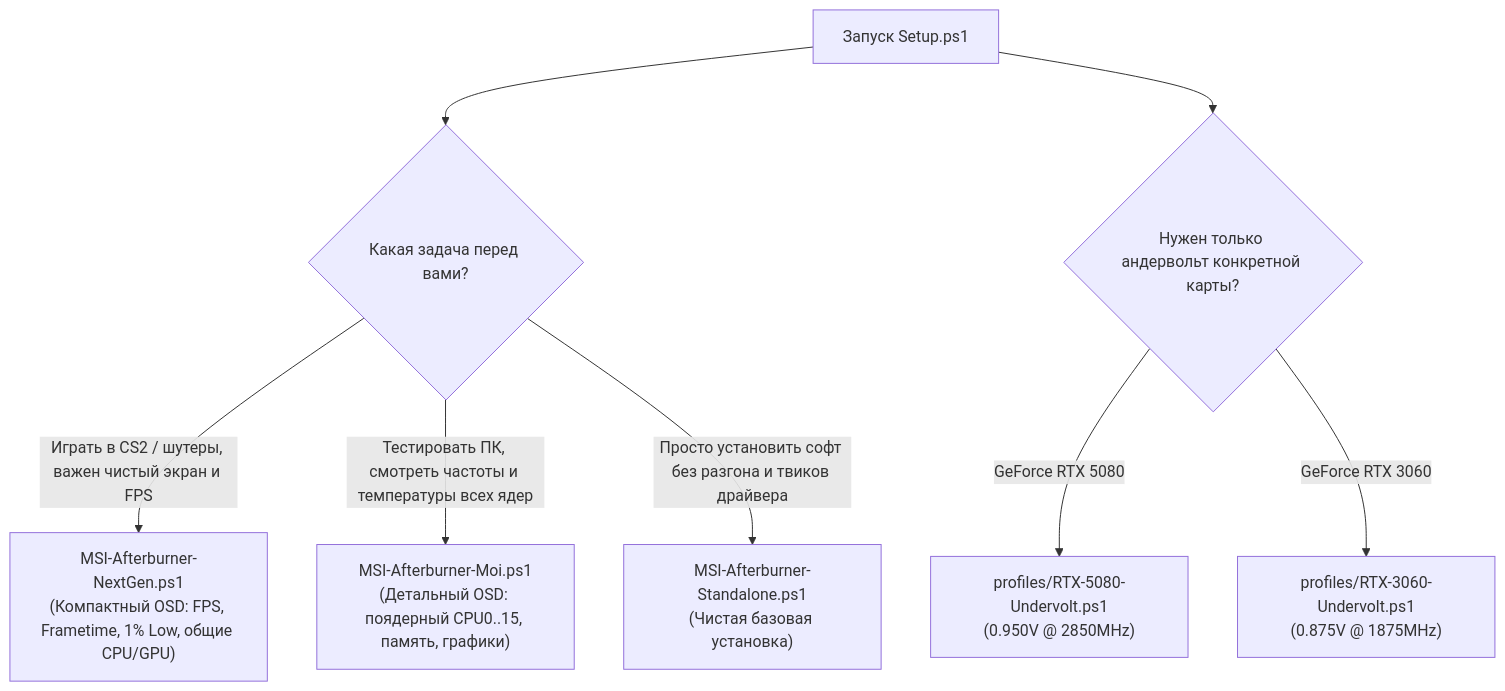
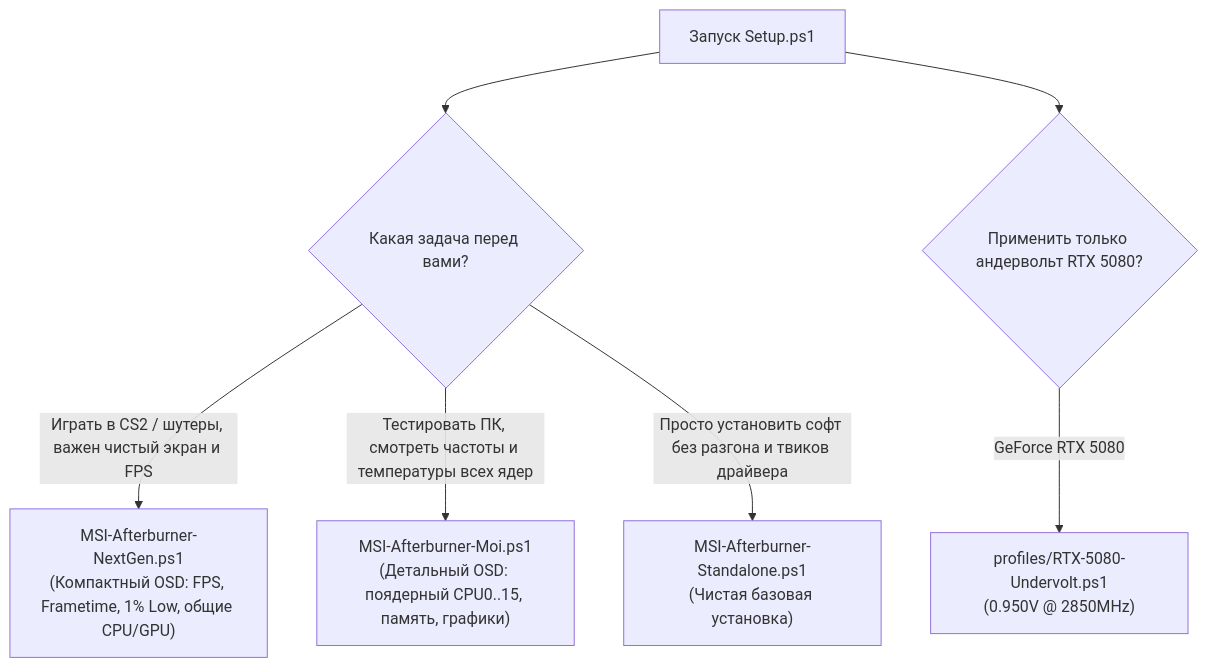
The diagram in README_RU.md (Vektor010/msi-afterburner-rtss), drawn with Mermaid before and after one commit. The commit also changed other lines of this file and 9 other files, not shown here.

````diff
--- a/README_RU.md
+++ b/README_RU.md
@@ -52,12 +51,11 @@
 ```mermaid
 flowchart TD
     Start["Запуск Setup.ps1"] --> Choice{"Какая задача перед вами?"}
     
     Choice -->|"Играть в CS2 / шутеры, важен чистый экран и FPS"| NextGen["MSI-Afterburner-NextGen.ps1\n(Компактный OSD: FPS, Frametime, 1% Low, общие CPU/GPU)"]
     Choice -->|"Тестировать ПК, смотреть частоты и температуры всех ядер"| Moi["MSI-Afterburner-Moi.ps1\n(Детальный OSD: поядерный CPU0..15, память, графики)"]
     Choice -->|"Просто установить софт без разгона и твиков драйвера"| Standalone["MSI-Afterburner-Standalone.ps1\n(Чистая базовая установка)"]
     
-    Start --> Profiles{"Нужен только андервольт конкретной карты?"}
+    Start --> Profiles{"Применить только андервольт RTX 5080?"}
     Profiles -->|"GeForce RTX 5080"| P5080["profiles/RTX-5080-Undervolt.ps1\n(0.950V @ 2850MHz)"]
-    Profiles -->|"GeForce RTX 3060"| P3060["profiles/RTX-3060-Undervolt.ps1\n(0.875V @ 1875MHz)"]
 ```
````
